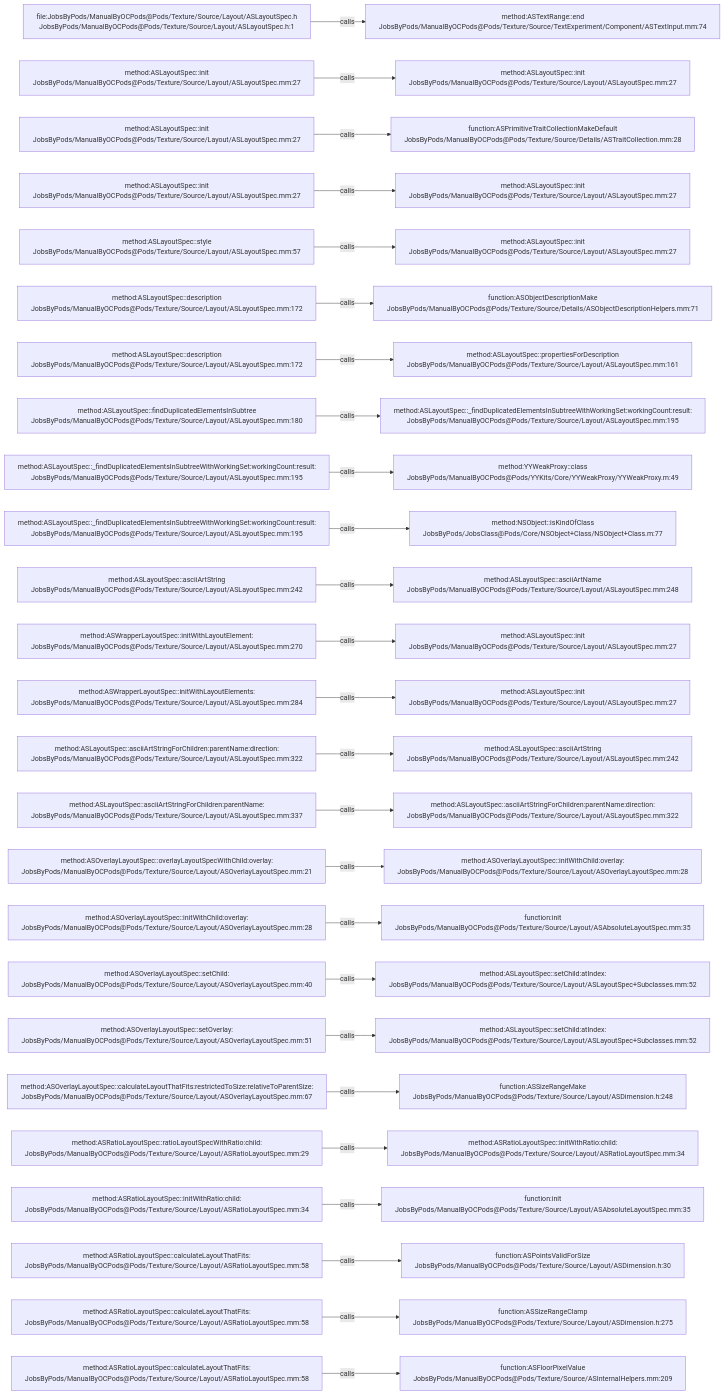
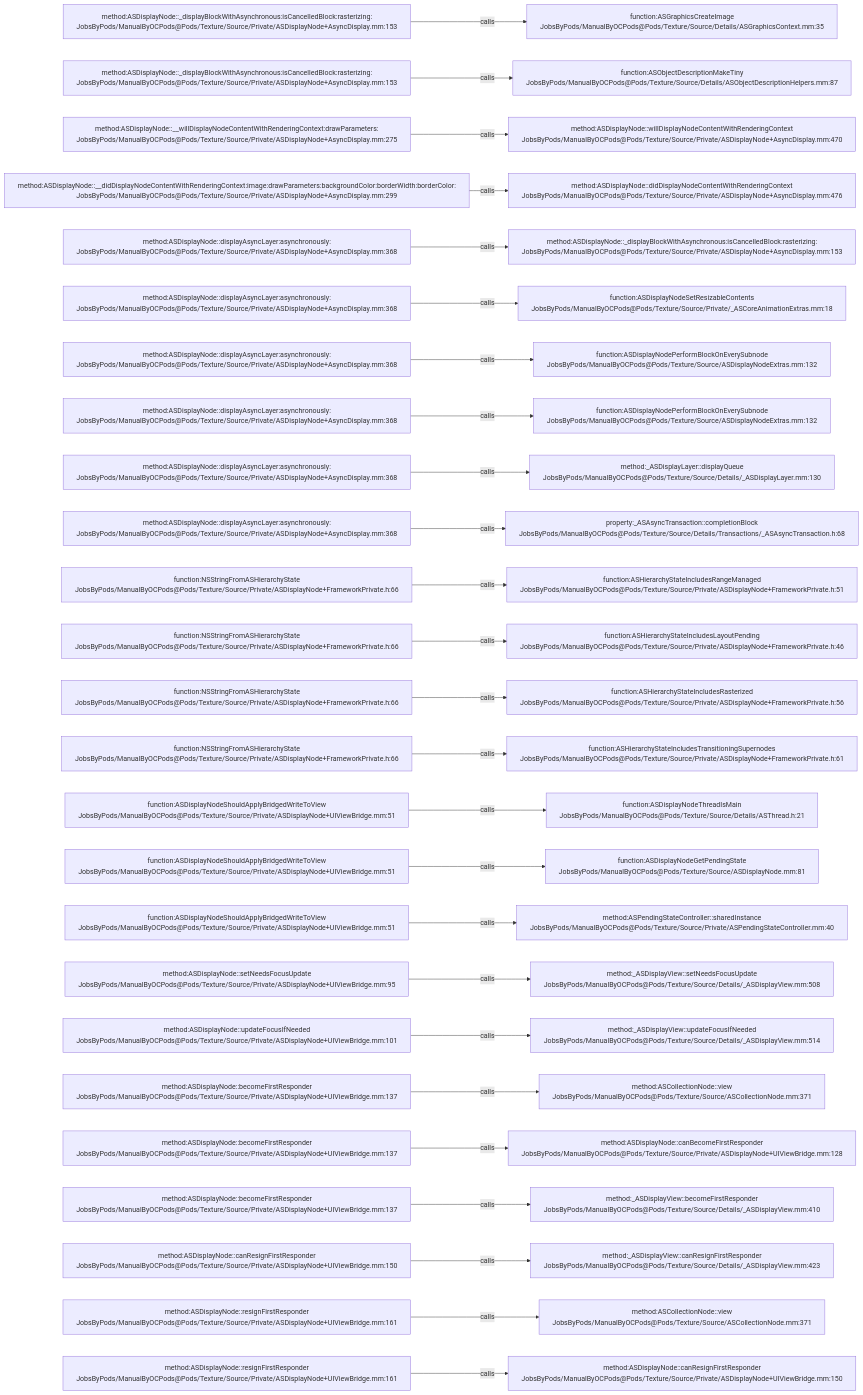
The diagram in .codegraph/codegraph.md/graphs/calls-179.md (JobsKits/JobsOCBaseConfigDemo), drawn with Mermaid before and after one commit. The commit also changed 1448 other files, not shown here.

````diff
--- a/.codegraph/codegraph.md/graphs/calls-179.md
+++ b/.codegraph/codegraph.md/graphs/calls-179.md
@@ -13,78 +13,78 @@
 ```mermaid
 flowchart LR
-  S1["file:JobsByPods/ManualByOCPods@Pods/Texture/Source/Layout/ASLayoutSpec.h<br/>JobsByPods/ManualByOCPods@Pods/Texture/Source/Layout/ASLayoutSpec.h:1"]
-  T1["method:ASTextRange::end<br/>JobsByPods/ManualByOCPods@Pods/Texture/Source/TextExperiment/Component/ASTextInput.mm:74"]
+  S1["method:ASDisplayNode::_displayBlockWithAsynchronous:isCancelledBlock:rasterizing:<br/>JobsByPods/ManualByOCPods@Pods/Texture/Source/Private/ASDisplayNode+AsyncDisplay.mm:153"]
+  T1["function:ASGraphicsCreateImage<br/>JobsByPods/ManualByOCPods@Pods/Texture/Source/Details/ASGraphicsContext.mm:35"]
   S1 -->|calls| T1
-  S2["method:ASLayoutSpec::init<br/>JobsByPods/ManualByOCPods@Pods/Texture/Source/Layout/ASLayoutSpec.mm:27"]
-  T2["method:ASLayoutSpec::init<br/>JobsByPods/ManualByOCPods@Pods/Texture/Source/Layout/ASLayoutSpec.mm:27"]
+  S2["method:ASDisplayNode::_displayBlockWithAsynchronous:isCancelledBlock:rasterizing:<br/>JobsByPods/ManualByOCPods@Pods/Texture/Source/Private/ASDisplayNode+AsyncDisplay.mm:153"]
+  T2["function:ASObjectDescriptionMakeTiny<br/>JobsByPods/ManualByOCPods@Pods/Texture/Source/Details/ASObjectDescriptionHelpers.mm:87"]
   S2 -->|calls| T2
-  S3["method:ASLayoutSpec::init<br/>JobsByPods/ManualByOCPods@Pods/Texture/Source/Layout/ASLayoutSpec.mm:27"]
-  T3["function:ASPrimitiveTraitCollectionMakeDefault<br/>JobsByPods/ManualByOCPods@Pods/Texture/Source/Details/ASTraitCollection.mm:28"]
+  S3["method:ASDisplayNode::__willDisplayNodeContentWithRenderingContext:drawParameters:<br/>JobsByPods/ManualByOCPods@Pods/Texture/Source/Private/ASDisplayNode+AsyncDisplay.mm:275"]
+  T3["method:ASDisplayNode::willDisplayNodeContentWithRenderingContext<br/>JobsByPods/ManualByOCPods@Pods/Texture/Source/Private/ASDisplayNode+AsyncDisplay.mm:470"]
   S3 -->|calls| T3
-  S4["method:ASLayoutSpec::init<br/>JobsByPods/ManualByOCPods@Pods/Texture/Source/Layout/ASLayoutSpec.mm:27"]
-  T4["method:ASLayoutSpec::init<br/>JobsByPods/ManualByOCPods@Pods/Texture/Source/Layout/ASLayoutSpec.mm:27"]
+  S4["method:ASDisplayNode::__didDisplayNodeContentWithRenderingContext:image:drawParameters:backgroundColor:borderWidth:borderColor:<br/>JobsByPods/ManualByOCPods@Pods/Texture/Source/Private/ASDisplayNode+AsyncDisplay.mm:299"]
+  T4["method:ASDisplayNode::didDisplayNodeContentWithRenderingContext<br/>JobsByPods/ManualByOCPods@Pods/Texture/Source/Private/ASDisplayNode+AsyncDisplay.mm:476"]
   S4 -->|calls| T4
-  S5["method:ASLayoutSpec::style<br/>JobsByPods/ManualByOCPods@Pods/Texture/Source/Layout/ASLayoutSpec.mm:57"]
-  T5["method:ASLayoutSpec::init<br/>JobsByPods/ManualByOCPods@Pods/Texture/Source/Layout/ASLayoutSpec.mm:27"]
+  S5["method:ASDisplayNode::displayAsyncLayer:asynchronously:<br/>JobsByPods/ManualByOCPods@Pods/Texture/Source/Private/ASDisplayNode+AsyncDisplay.mm:368"]
+  T5["method:ASDisplayNode::_displayBlockWithAsynchronous:isCancelledBlock:rasterizing:<br/>JobsByPods/ManualByOCPods@Pods/Texture/Source/Private/ASDisplayNode+AsyncDisplay.mm:153"]
   S5 -->|calls| T5
-  S6["method:ASLayoutSpec::description<br/>JobsByPods/ManualByOCPods@Pods/Texture/Source/Layout/ASLayoutSpec.mm:172"]
-  T6["function:ASObjectDescriptionMake<br/>JobsByPods/ManualByOCPods@Pods/Texture/Source/Details/ASObjectDescriptionHelpers.mm:71"]
+  S6["method:ASDisplayNode::displayAsyncLayer:asynchronously:<br/>JobsByPods/ManualByOCPods@Pods/Texture/Source/Private/ASDisplayNode+AsyncDisplay.mm:368"]
+  T6["function:ASDisplayNodeSetResizableContents<br/>JobsByPods/ManualByOCPods@Pods/Texture/Source/Private/_ASCoreAnimationExtras.mm:18"]
   S6 -->|calls| T6
-  S7["method:ASLayoutSpec::description<br/>JobsByPods/ManualByOCPods@Pods/Texture/Source/Layout/ASLayoutSpec.mm:172"]
-  T7["method:ASLayoutSpec::propertiesForDescription<br/>JobsByPods/ManualByOCPods@Pods/Texture/Source/Layout/ASLayoutSpec.mm:161"]
+  S7["method:ASDisplayNode::displayAsyncLayer:asynchronously:<br/>JobsByPods/ManualByOCPods@Pods/Texture/Source/Private/ASDisplayNode+AsyncDisplay.mm:368"]
+  T7["function:ASDisplayNodePerformBlockOnEverySubnode<br/>JobsByPods/ManualByOCPods@Pods/Texture/Source/ASDisplayNodeExtras.mm:132"]
   S7 -->|calls| T7
-  S8["method:ASLayoutSpec::findDuplicatedElementsInSubtree<br/>JobsByPods/ManualByOCPods@Pods/Texture/Source/Layout/ASLayoutSpec.mm:180"]
-  T8["method:ASLayoutSpec::_findDuplicatedElementsInSubtreeWithWorkingSet:workingCount:result:<br/>JobsByPods/ManualByOCPods@Pods/Texture/Source/Layout/ASLayoutSpec.mm:195"]
+  S8["method:ASDisplayNode::displayAsyncLayer:asynchronously:<br/>JobsByPods/ManualByOCPods@Pods/Texture/Source/Private/ASDisplayNode+AsyncDisplay.mm:368"]
+  T8["function:ASDisplayNodePerformBlockOnEverySubnode<br/>JobsByPods/ManualByOCPods@Pods/Texture/Source/ASDisplayNodeExtras.mm:132"]
   S8 -->|calls| T8
-  S9["method:ASLayoutSpec::_findDuplicatedElementsInSubtreeWithWorkingSet:workingCount:result:<br/>JobsByPods/ManualByOCPods@Pods/Texture/Source/Layout/ASLayoutSpec.mm:195"]
-  T9["method:YYWeakProxy::class<br/>JobsByPods/ManualByOCPods@Pods/YYKits/Core/YYWeakProxy/YYWeakProxy.m:49"]
+  S9["method:ASDisplayNode::displayAsyncLayer:asynchronously:<br/>JobsByPods/ManualByOCPods@Pods/Texture/Source/Private/ASDisplayNode+AsyncDisplay.mm:368"]
+  T9["method:_ASDisplayLayer::displayQueue<br/>JobsByPods/ManualByOCPods@Pods/Texture/Source/Details/_ASDisplayLayer.mm:130"]
   S9 -->|calls| T9
-  S10["method:ASLayoutSpec::_findDuplicatedElementsInSubtreeWithWorkingSet:workingCount:result:<br/>JobsByPods/ManualByOCPods@Pods/Texture/Source/Layout/ASLayoutSpec.mm:195"]
-  T10["method:NSObject::isKindOfClass<br/>JobsByPods/JobsClass@Pods/Core/NSObject+Class/NSObject+Class.m:77"]
+  S10["method:ASDisplayNode::displayAsyncLayer:asynchronously:<br/>JobsByPods/ManualByOCPods@Pods/Texture/Source/Private/ASDisplayNode+AsyncDisplay.mm:368"]
+  T10["property:_ASAsyncTransaction::completionBlock<br/>JobsByPods/ManualByOCPods@Pods/Texture/Source/Details/Transactions/_ASAsyncTransaction.h:68"]
   S10 -->|calls| T10
-  S11["method:ASLayoutSpec::asciiArtString<br/>JobsByPods/ManualByOCPods@Pods/Texture/Source/Layout/ASLayoutSpec.mm:242"]
-  T11["method:ASLayoutSpec::asciiArtName<br/>JobsByPods/ManualByOCPods@Pods/Texture/Source/Layout/ASLayoutSpec.mm:248"]
+  S11["function:NSStringFromASHierarchyState<br/>JobsByPods/ManualByOCPods@Pods/Texture/Source/Private/ASDisplayNode+FrameworkPrivate.h:66"]
+  T11["function:ASHierarchyStateIncludesRangeManaged<br/>JobsByPods/ManualByOCPods@Pods/Texture/Source/Private/ASDisplayNode+FrameworkPrivate.h:51"]
   S11 -->|calls| T11
-  S12["method:ASWrapperLayoutSpec::initWithLayoutElement:<br/>JobsByPods/ManualByOCPods@Pods/Texture/Source/Layout/ASLayoutSpec.mm:270"]
-  T12["method:ASLayoutSpec::init<br/>JobsByPods/ManualByOCPods@Pods/Texture/Source/Layout/ASLayoutSpec.mm:27"]
+  S12["function:NSStringFromASHierarchyState<br/>JobsByPods/ManualByOCPods@Pods/Texture/Source/Private/ASDisplayNode+FrameworkPrivate.h:66"]
+  T12["function:ASHierarchyStateIncludesLayoutPending<br/>JobsByPods/ManualByOCPods@Pods/Texture/Source/Private/ASDisplayNode+FrameworkPrivate.h:46"]
   S12 -->|calls| T12
-  S13["method:ASWrapperLayoutSpec::initWithLayoutElements:<br/>JobsByPods/ManualByOCPods@Pods/Texture/Source/Layout/ASLayoutSpec.mm:284"]
-  T13["method:ASLayoutSpec::init<br/>JobsByPods/ManualByOCPods@Pods/Texture/Source/Layout/ASLayoutSpec.mm:27"]
+  S13["function:NSStringFromASHierarchyState<br/>JobsByPods/ManualByOCPods@Pods/Texture/Source/Private/ASDisplayNode+FrameworkPrivate.h:66"]
+  T13["function:ASHierarchyStateIncludesRasterized<br/>JobsByPods/ManualByOCPods@Pods/Texture/Source/Private/ASDisplayNode+FrameworkPrivate.h:56"]
   S13 -->|calls| T13
-  S14["method:ASLayoutSpec::asciiArtStringForChildren:parentName:direction:<br/>JobsByPods/ManualByOCPods@Pods/Texture/Source/Layout/ASLayoutSpec.mm:322"]
-  T14["method:ASLayoutSpec::asciiArtString<br/>JobsByPods/ManualByOCPods@Pods/Texture/Source/Layout/ASLayoutSpec.mm:242"]
+  S14["function:NSStringFromASHierarchyState<br/>JobsByPods/ManualByOCPods@Pods/Texture/Source/Private/ASDisplayNode+FrameworkPrivate.h:66"]
+  T14["function:ASHierarchyStateIncludesTransitioningSupernodes<br/>JobsByPods/ManualByOCPods@Pods/Texture/Source/Private/ASDisplayNode+FrameworkPrivate.h:61"]
   S14 -->|calls| T14
-  S15["method:ASLayoutSpec::asciiArtStringForChildren:parentName:<br/>JobsByPods/ManualByOCPods@Pods/Texture/Source/Layout/ASLayoutSpec.mm:337"]
-  T15["method:ASLayoutSpec::asciiArtStringForChildren:parentName:direction:<br/>JobsByPods/ManualByOCPods@Pods/Texture/Source/Layout/ASLayoutSpec.mm:322"]
+  S15["function:ASDisplayNodeShouldApplyBridgedWriteToView<br/>JobsByPods/ManualByOCPods@Pods/Texture/Source/Private/ASDisplayNode+UIViewBridge.mm:51"]
+  T15["function:ASDisplayNodeThreadIsMain<br/>JobsByPods/ManualByOCPods@Pods/Texture/Source/Details/ASThread.h:21"]
   S15 -->|calls| T15
-  S16["method:ASOverlayLayoutSpec::overlayLayoutSpecWithChild:overlay:<br/>JobsByPods/ManualByOCPods@Pods/Texture/Source/Layout/ASOverlayLayoutSpec.mm:21"]
-  T16["method:ASOverlayLayoutSpec::initWithChild:overlay:<br/>JobsByPods/ManualByOCPods@Pods/Texture/Source/Layout/ASOverlayLayoutSpec.mm:28"]
+  S16["function:ASDisplayNodeShouldApplyBridgedWriteToView<br/>JobsByPods/ManualByOCPods@Pods/Texture/Source/Private/ASDisplayNode+UIViewBridge.mm:51"]
+  T16["function:ASDisplayNodeGetPendingState<br/>JobsByPods/ManualByOCPods@Pods/Texture/Source/ASDisplayNode.mm:81"]
   S16 -->|calls| T16
-  S17["method:ASOverlayLayoutSpec::initWithChild:overlay:<br/>JobsByPods/ManualByOCPods@Pods/Texture/Source/Layout/ASOverlayLayoutSpec.mm:28"]
-  T17["function:init<br/>JobsByPods/ManualByOCPods@Pods/Texture/Source/Layout/ASAbsoluteLayoutSpec.mm:35"]
+  S17["function:ASDisplayNodeShouldApplyBridgedWriteToView<br/>JobsByPods/ManualByOCPods@Pods/Texture/Source/Private/ASDisplayNode+UIViewBridge.mm:51"]
+  T17["method:ASPendingStateController::sharedInstance<br/>JobsByPods/ManualByOCPods@Pods/Texture/Source/Private/ASPendingStateController.mm:40"]
   S17 -->|calls| T17
-  S18["method:ASOverlayLayoutSpec::setChild:<br/>JobsByPods/ManualByOCPods@Pods/Texture/Source/Layout/ASOverlayLayoutSpec.mm:40"]
-  T18["method:ASLayoutSpec::setChild:atIndex:<br/>JobsByPods/ManualByOCPods@Pods/Texture/Source/Layout/ASLayoutSpec+Subclasses.mm:52"]
+  S18["method:ASDisplayNode::setNeedsFocusUpdate<br/>JobsByPods/ManualByOCPods@Pods/Texture/Source/Private/ASDisplayNode+UIViewBridge.mm:95"]
+  T18["method:_ASDisplayView::setNeedsFocusUpdate<br/>JobsByPods/ManualByOCPods@Pods/Texture/Source/Details/_ASDisplayView.mm:508"]
   S18 -->|calls| T18
-  S19["method:ASOverlayLayoutSpec::setOverlay:<br/>JobsByPods/ManualByOCPods@Pods/Texture/Source/Layout/ASOverlayLayoutSpec.mm:51"]
-  T19["method:ASLayoutSpec::setChild:atIndex:<br/>JobsByPods/ManualByOCPods@Pods/Texture/Source/Layout/ASLayoutSpec+Subclasses.mm:52"]
+  S19["method:ASDisplayNode::updateFocusIfNeeded<br/>JobsByPods/ManualByOCPods@Pods/Texture/Source/Private/ASDisplayNode+UIViewBridge.mm:101"]
+  T19["method:_ASDisplayView::updateFocusIfNeeded<br/>JobsByPods/ManualByOCPods@Pods/Texture/Source/Details/_ASDisplayView.mm:514"]
   S19 -->|calls| T19
-  S20["method:ASOverlayLayoutSpec::calculateLayoutThatFits:restrictedToSize:relativeToParentSize:<br/>JobsByPods/ManualByOCPods@Pods/Texture/Source/Layout/ASOverlayLayoutSpec.mm:67"]
-  T20["function:ASSizeRangeMake<br/>JobsByPods/ManualByOCPods@Pods/Texture/Source/Layout/ASDimension.h:248"]
+  S20["method:ASDisplayNode::becomeFirstResponder<br/>JobsByPods/ManualByOCPods@Pods/Texture/Source/Private/ASDisplayNode+UIViewBridge.mm:137"]
+  T20["method:ASCollectionNode::view<br/>JobsByPods/ManualByOCPods@Pods/Texture/Source/ASCollectionNode.mm:371"]
   S20 -->|calls| T20
-  S21["method:ASRatioLayoutSpec::ratioLayoutSpecWithRatio:child:<br/>JobsByPods/ManualByOCPods@Pods/Texture/Source/Layout/ASRatioLayoutSpec.mm:29"]
-  T21["method:ASRatioLayoutSpec::initWithRatio:child:<br/>JobsByPods/ManualByOCPods@Pods/Texture/Source/Layout/ASRatioLayoutSpec.mm:34"]
+  S21["method:ASDisplayNode::becomeFirstResponder<br/>JobsByPods/ManualByOCPods@Pods/Texture/Source/Private/ASDisplayNode+UIViewBridge.mm:137"]
+  T21["method:ASDisplayNode::canBecomeFirstResponder<br/>JobsByPods/ManualByOCPods@Pods/Texture/Source/Private/ASDisplayNode+UIViewBridge.mm:128"]
   S21 -->|calls| T21
-  S22["method:ASRatioLayoutSpec::initWithRatio:child:<br/>JobsByPods/ManualByOCPods@Pods/Texture/Source/Layout/ASRatioLayoutSpec.mm:34"]
-  T22["function:init<br/>JobsByPods/ManualByOCPods@Pods/Texture/Source/Layout/ASAbsoluteLayoutSpec.mm:35"]
+  S22["method:ASDisplayNode::becomeFirstResponder<br/>JobsByPods/ManualByOCPods@Pods/Texture/Source/Private/ASDisplayNode+UIViewBridge.mm:137"]
+  T22["method:_ASDisplayView::becomeFirstResponder<br/>JobsByPods/ManualByOCPods@Pods/Texture/Source/Details/_ASDisplayView.mm:410"]
   S22 -->|calls| T22
-  S23["method:ASRatioLayoutSpec::calculateLayoutThatFits:<br/>JobsByPods/ManualByOCPods@Pods/Texture/Source/Layout/ASRatioLayoutSpec.mm:58"]
-  T23["function:ASPointsValidForSize<br/>JobsByPods/ManualByOCPods@Pods/Texture/Source/Layout/ASDimension.h:30"]
+  S23["method:ASDisplayNode::canResignFirstResponder<br/>JobsByPods/ManualByOCPods@Pods/Texture/Source/Private/ASDisplayNode+UIViewBridge.mm:150"]
+  T23["method:_ASDisplayView::canResignFirstResponder<br/>JobsByPods/ManualByOCPods@Pods/Texture/Source/Details/_ASDisplayView.mm:423"]
   S23 -->|calls| T23
-  S24["method:ASRatioLayoutSpec::calculateLayoutThatFits:<br/>JobsByPods/ManualByOCPods@Pods/Texture/Source/Layout/ASRatioLayoutSpec.mm:58"]
-  T24["function:ASSizeRangeClamp<br/>JobsByPods/ManualByOCPods@Pods/Texture/Source/Layout/ASDimension.h:275"]
+  S24["method:ASDisplayNode::resignFirstResponder<br/>JobsByPods/ManualByOCPods@Pods/Texture/Source/Private/ASDisplayNode+UIViewBridge.mm:161"]
+  T24["method:ASCollectionNode::view<br/>JobsByPods/ManualByOCPods@Pods/Texture/Source/ASCollectionNode.mm:371"]
   S24 -->|calls| T24
-  S25["method:ASRatioLayoutSpec::calculateLayoutThatFits:<br/>JobsByPods/ManualByOCPods@Pods/Texture/Source/Layout/ASRatioLayoutSpec.mm:58"]
-  T25["function:ASFloorPixelValue<br/>JobsByPods/ManualByOCPods@Pods/Texture/Source/ASInternalHelpers.mm:209"]
+  S25["method:ASDisplayNode::resignFirstResponder<br/>JobsByPods/ManualByOCPods@Pods/Texture/Source/Private/ASDisplayNode+UIViewBridge.mm:161"]
+  T25["method:ASDisplayNode::canResignFirstResponder<br/>JobsByPods/ManualByOCPods@Pods/Texture/Source/Private/ASDisplayNode+UIViewBridge.mm:150"]
   S25 -->|calls| T25
 ```
````
